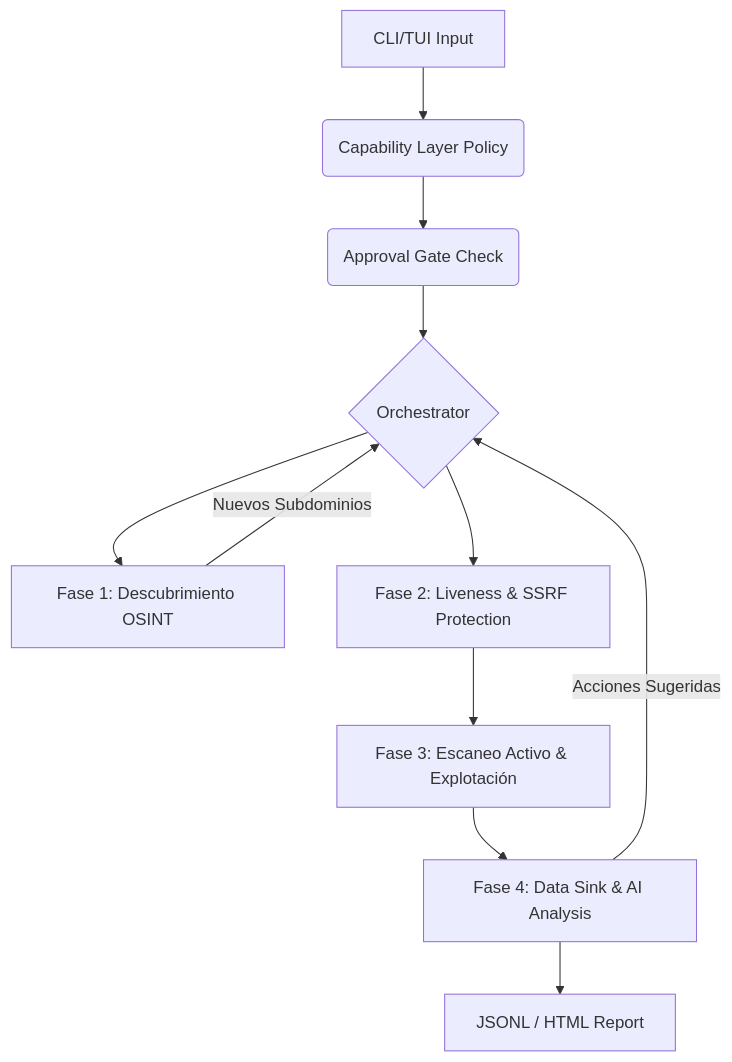
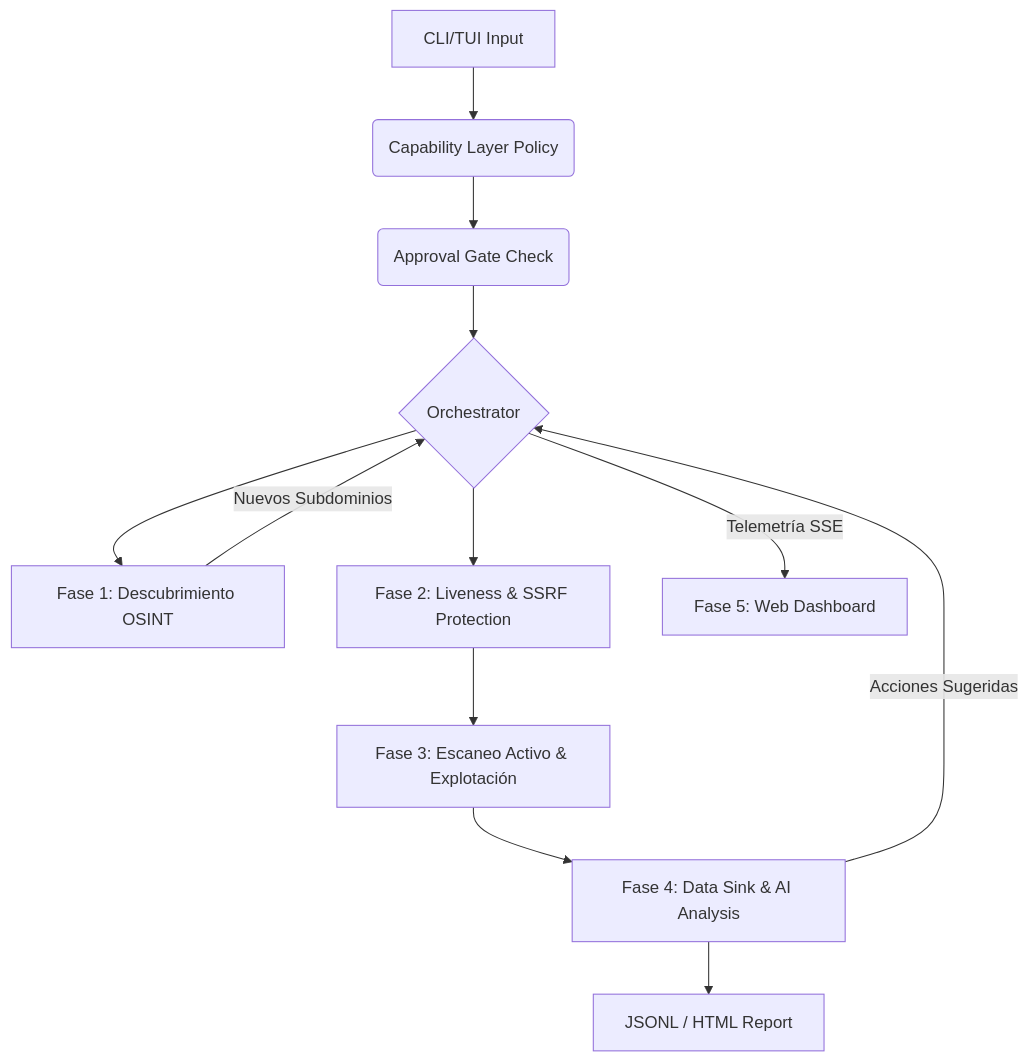
The diagram in redteam_rust_core/docs/ARCHITECTURE.md (kripiman/OsintUltimate), drawn with Mermaid before and after one commit. The commit also changed other lines of this file and 15 other files, not shown here.

Commit message:
docs: upgrade to v4.0 architecture specs and enhanced opsec documentation

````diff
--- a/redteam_rust_core/docs/ARCHITECTURE.md
+++ b/redteam_rust_core/docs/ARCHITECTURE.md
@@ -22,13 +22,14 @@
 ```mermaid
 graph TD
     A[CLI/TUI Input] --> B(Capability Layer Policy)
     B --> C(Approval Gate Check)
     C --> D{Orchestrator}
     D --> E[Fase 1: Descubrimiento OSINT]
     E -- Nuevos Subdominios --> D
     D --> F[Fase 2: Liveness & SSRF Protection]
     F --> G[Fase 3: Escaneo Activo & Explotación]
     G --> H[Fase 4: Data Sink & AI Analysis]
     H -- Acciones Sugeridas --> D
     H --> I[JSONL / HTML Report]
+    D -- Telemetría SSE --> J[Fase 5: Web Dashboard]
 ```
````
